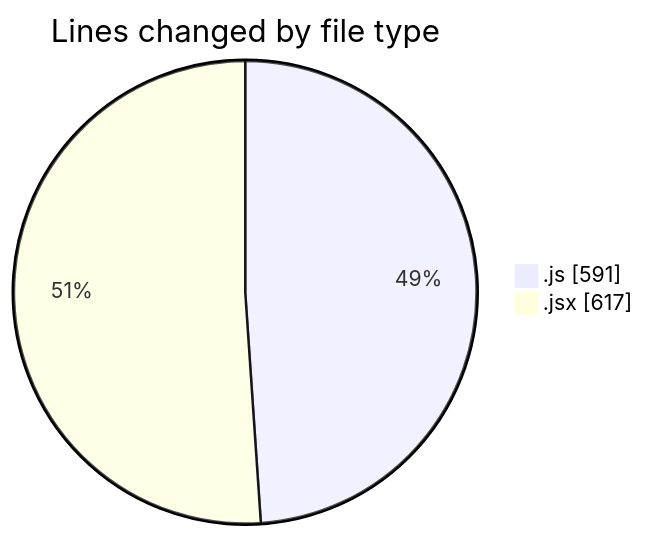
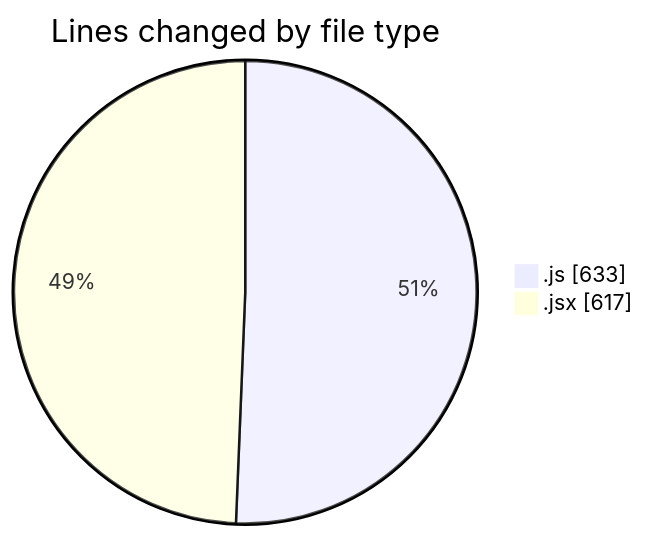
The first of 2 diagrams in 2025-05-31/nxtqube_webapp/README.md (nxtqubesakshisongat/code-tracking), drawn with Mermaid before and after one commit. The commit also changed other lines of this file and 1 other file, not shown here.

````diff
--- a/2025-05-31/nxtqube_webapp/README.md
+++ b/2025-05-31/nxtqube_webapp/README.md
@@ -25,6 +26,6 @@
 ```mermaid
 pie showData
 title Lines changed by file type
-".js" : 591
+".js" : 633
 ".jsx" : 617
 ```
````
